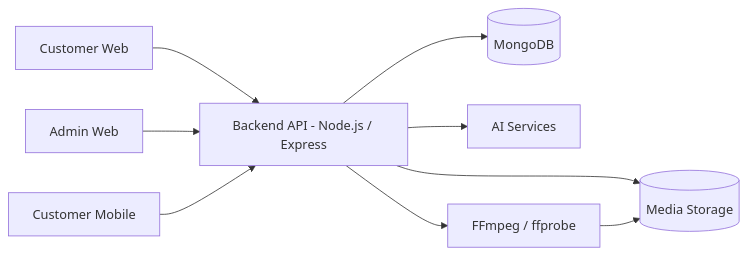
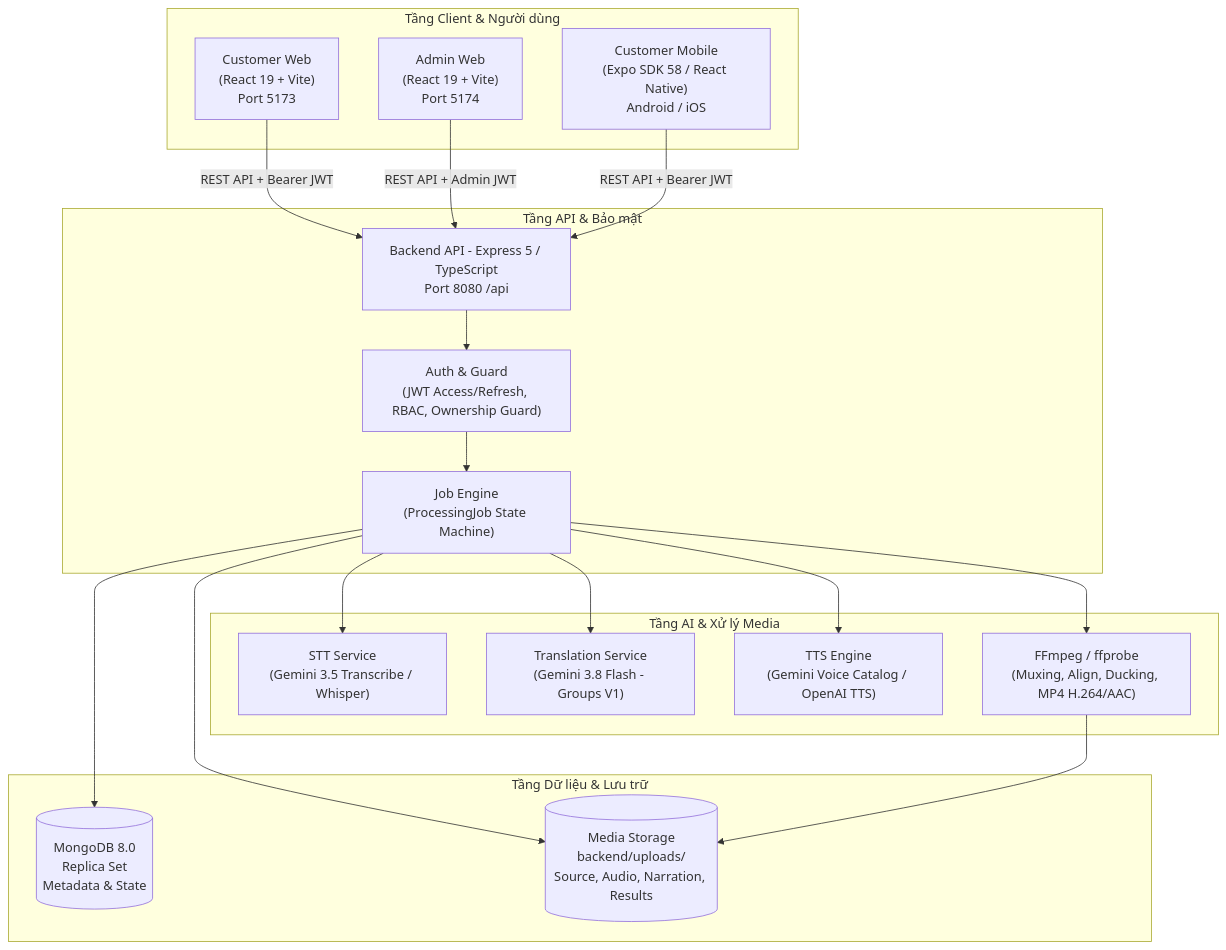
The first of 2 diagrams in README.md (aminhtoan/Thuyet-Minh-Tu-Dong-AI), drawn with Mermaid before and after one commit. The commit also changed other lines of this file, not shown here.

````diff
--- a/README.md
+++ b/README.md
@@ -50,11 +47,40 @@
 ```mermaid
-flowchart LR
-    CW["Customer Web"] --> API["Backend API - Node.js / Express"]
-    AW["Admin Web"] --> API
-    CM["Customer Mobile"] --> API
-    API --> DB[("MongoDB")]
-    API --> AI["AI Services"]
-    API --> FF["FFmpeg / ffprobe"]
-    API --> FS[("Media Storage")]
-    FF --> FS
+flowchart TB
+    subgraph Clients["Tầng Client & Người dùng"]
+        CW["Customer Web\n(React 19 + Vite)\nPort 5173"]
+        AW["Admin Web\n(React 19 + Vite)\nPort 5174"]
+        CM["Customer Mobile\n(Expo SDK 58 / React Native)\nAndroid / iOS"]
+    end
+
+    subgraph Gateway["Tầng API & Bảo mật"]
+        API["Backend API - Express 5 / TypeScript\nPort 8080 /api"]
+        AUTH["Auth & Guard\n(JWT Access/Refresh, RBAC, Ownership Guard)"]
+        JOB["Job Engine\n(ProcessingJob State Machine)"]
+    end
+
+    subgraph Storage["Tầng Dữ liệu & Lưu trữ"]
+        DB[("MongoDB 8.0\nReplica Set\nMetadata & State")]
+        FS[("Media Storage\nbackend/uploads/\nSource, Audio, Narration, Results")]
+    end
+
+    subgraph Engines["Tầng AI & Xử lý Media"]
+        STT["STT Service\n(Gemini 3.5 Transcribe / Whisper)"]
+        TRANS["Translation Service\n(Gemini 3.8 Flash - Groups V1)"]
+        TTS["TTS Engine\n(Gemini Voice Catalog / OpenAI TTS)"]
+        FFMPEG["FFmpeg / ffprobe\n(Muxing, Align, Ducking, MP4 H.264/AAC)"]
+    end
+
+    CW -->|REST API + Bearer JWT| API
+    AW -->|REST API + Admin JWT| API
+    CM -->|REST API + Bearer JWT| API
+
+    API --> AUTH
+    AUTH --> JOB
+    JOB --> DB
+    JOB --> FS
+    JOB --> STT
+    JOB --> TRANS
+    JOB --> TTS
+    JOB --> FFMPEG
+    FFMPEG --> FS
 ```
````
